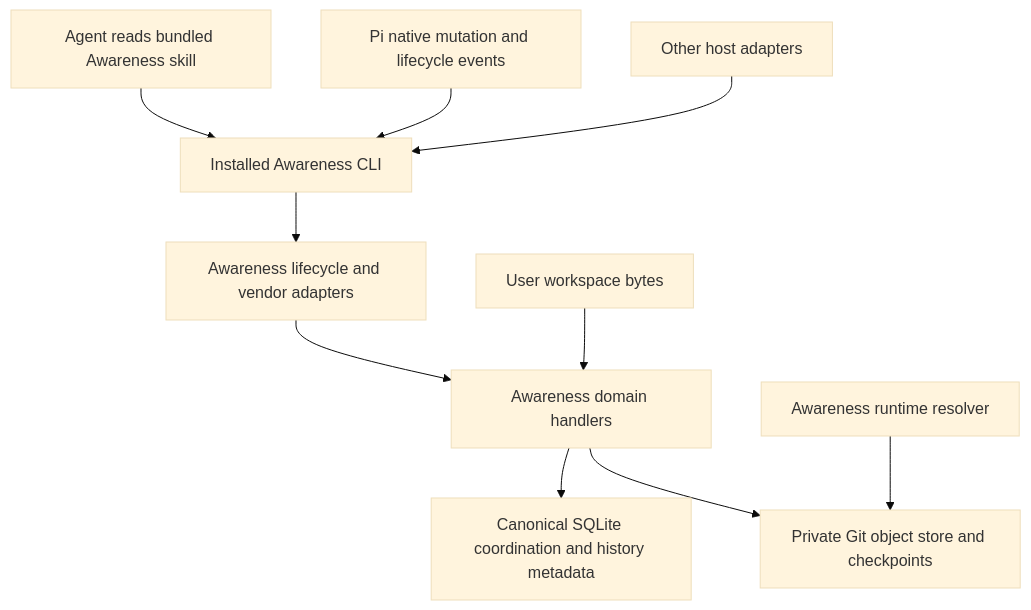
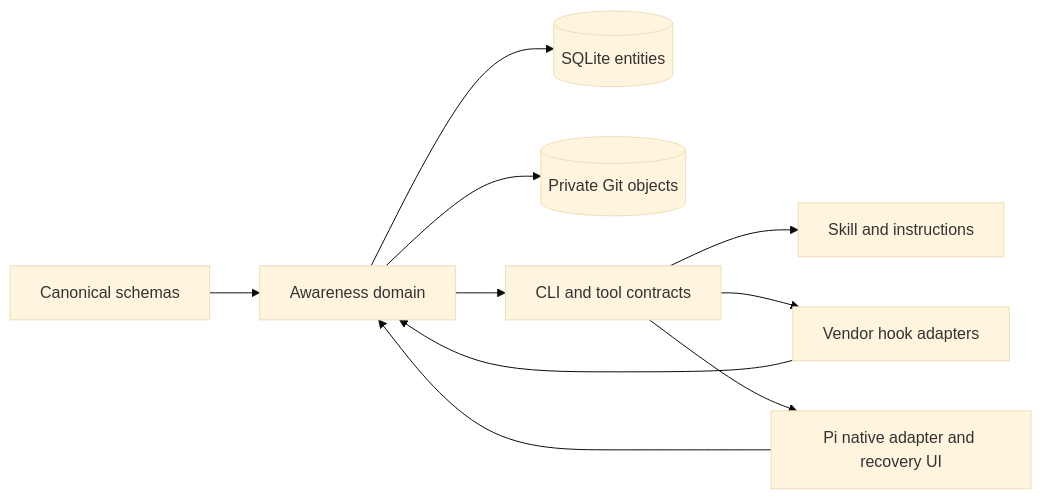
The diagram in awarenessv2.md (bgauryy/octocode-mcp), drawn with Mermaid (base theme) before and after one commit. The commit also changed other lines of this file and 329 other files, not shown here.

````diff
--- a/awarenessv2.md
+++ b/awarenessv2.md
@@ -292,12 +106,12 @@
 ```mermaid
-flowchart TD
-  A[Agent reads bundled Awareness skill] --> B[Installed Awareness CLI]
-  C[Pi native mutation and lifecycle events] --> B
-  D[Other host adapters] --> B
-  B --> L[Awareness lifecycle and vendor adapters]
-  L --> E[Awareness domain handlers]
-  E --> F[Canonical SQLite coordination and history metadata]
-  E --> G[Private Git object store and checkpoints]
-  H[Awareness runtime resolver] --> G
-  I[User workspace bytes] --> E
+flowchart LR
+  S[Canonical schemas] --> A[Awareness domain]
+  A --> D[(SQLite entities)]
+  A --> G[(Private Git objects)]
+  A --> C[CLI and tool contracts]
+  C --> K[Skill and instructions]
+  C --> H[Vendor hook adapters]
+  C --> P[Pi native adapter and recovery UI]
+  H --> A
+  P --> A
 ```
````
